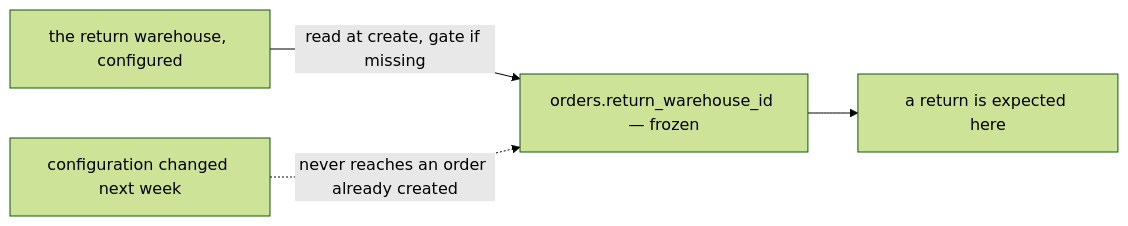
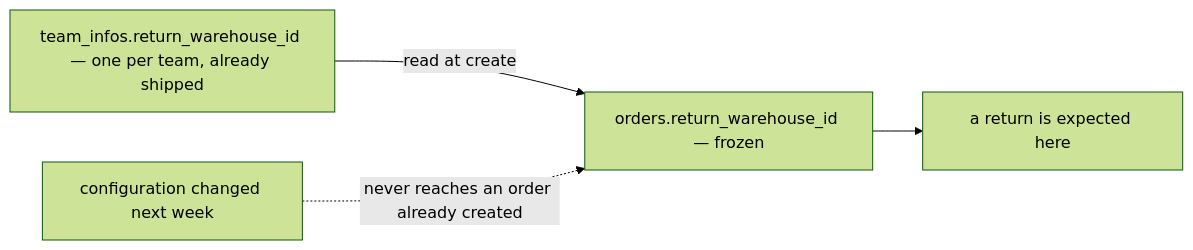
The first of 3 diagrams in docs/business/order/order_return_clarify.md (pdcgo/warehouse_revamp), drawn with Mermaid (forest theme) before and after one commit. The commit also changed other lines of this file and 4 other files, not shown here.

````diff
--- a/docs/business/order/order_return_clarify.md
+++ b/docs/business/order/order_return_clarify.md
@@ -22,6 +59,6 @@
 ```mermaid
 flowchart LR
-  CFG["the return warehouse, configured"] -->|"read at create, gate if missing"| O["orders.return_warehouse_id — frozen"]
+  TEAM["team_infos.return_warehouse_id — one per team, already shipped"] -->|"read at create"| O["orders.return_warehouse_id — frozen"]
   O --> R["a return is expected here"]
-  CFG2["configuration changed next week"] -.->|"never reaches an order already created"| O
+  CFG["configuration changed next week"] -.->|"never reaches an order already created"| O
 ```
````
